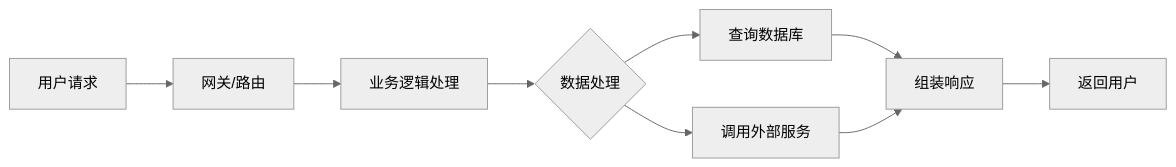
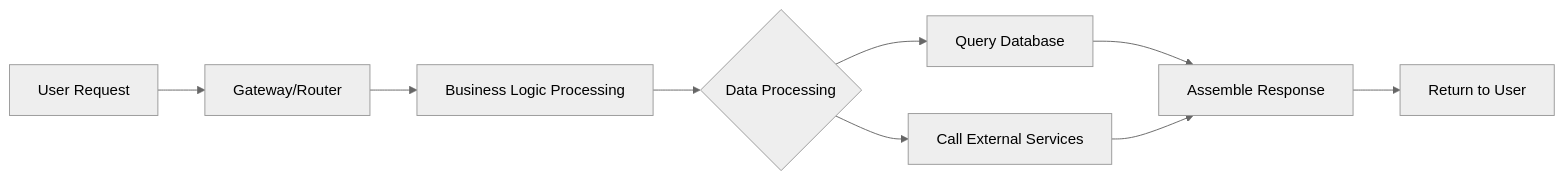
The fifth of 16 diagrams in TEMPLATE.md (mjczz/project-analyzer), drawn with Mermaid (neutral theme) before and after one commit. The commit also changed other lines of this file and 8 other files, not shown here.

````diff
--- a/TEMPLATE.md
+++ b/TEMPLATE.md
@@ -140,11 +140,11 @@
 ```mermaid
 flowchart LR
-    A[用户请求] --> B[网关/路由]
-    B --> C[业务逻辑处理]
-    C --> D{数据处理}
-    D --> E[查询数据库]
-    D --> F[调用外部服务]
-    E --> G[组装响应]
+    A[User Request] --> B[Gateway/Router]
+    B --> C[Business Logic Processing]
+    C --> D{Data Processing}
+    D --> E[Query Database]
+    D --> F[Call External Services]
+    E --> G[Assemble Response]
     F --> G
-    G --> H[返回用户]
+    G --> H[Return to User]
 ```
````
